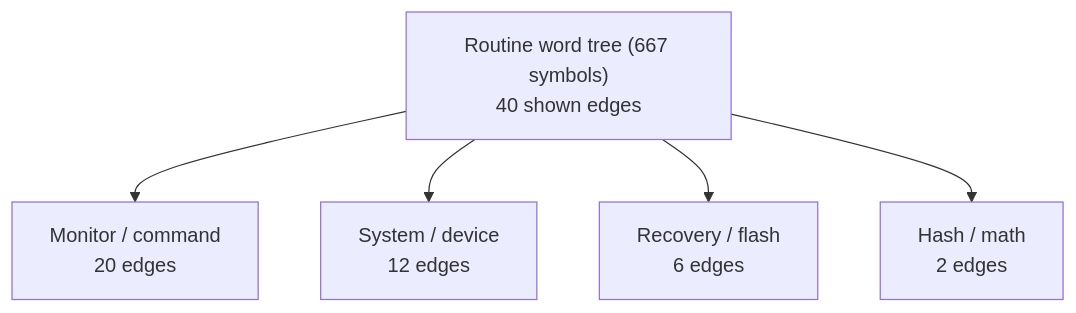
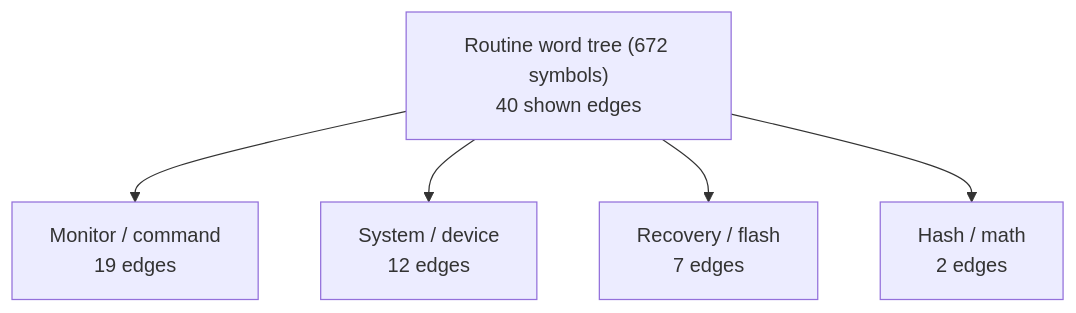
One commit to 95westus/R-YORS changed the first of 6 diagrams in DOC/GENERATED/ROUTINE_WORD_TREE.md. Above: the diagram before and after it, drawn with Mermaid. The commit also changed other lines of this file and 14 other files, not shown here.

````diff
--- a/DOC/GENERATED/ROUTINE_WORD_TREE.md
+++ b/DOC/GENERATED/ROUTINE_WORD_TREE.md
@@ -16,7 +16,7 @@
 ```mermaid
 flowchart TD
-    MAP_ROOT_ROUTINE_WORD_TREE__667_SYMBOLS_["Routine word tree (667 symbols)<br/>40 shown edges"] --> MAP_FAMILY_MONITOR___COMMAND["Monitor / command<br/>20 edges"]
-    MAP_ROOT_ROUTINE_WORD_TREE__667_SYMBOLS_["Routine word tree (667 symbols)<br/>40 shown edges"] --> MAP_FAMILY_SYSTEM___DEVICE["System / device<br/>12 edges"]
-    MAP_ROOT_ROUTINE_WORD_TREE__667_SYMBOLS_["Routine word tree (667 symbols)<br/>40 shown edges"] --> MAP_FAMILY_RECOVERY___FLASH["Recovery / flash<br/>6 edges"]
-    MAP_ROOT_ROUTINE_WORD_TREE__667_SYMBOLS_["Routine word tree (667 symbols)<br/>40 shown edges"] --> MAP_FAMILY_HASH___MATH["Hash / math<br/>2 edges"]
+    MAP_ROOT_ROUTINE_WORD_TREE__672_SYMBOLS_["Routine word tree (672 symbols)<br/>40 shown edges"] --> MAP_FAMILY_MONITOR___COMMAND["Monitor / command<br/>19 edges"]
+    MAP_ROOT_ROUTINE_WORD_TREE__672_SYMBOLS_["Routine word tree (672 symbols)<br/>40 shown edges"] --> MAP_FAMILY_SYSTEM___DEVICE["System / device<br/>12 edges"]
+    MAP_ROOT_ROUTINE_WORD_TREE__672_SYMBOLS_["Routine word tree (672 symbols)<br/>40 shown edges"] --> MAP_FAMILY_RECOVERY___FLASH["Recovery / flash<br/>7 edges"]
+    MAP_ROOT_ROUTINE_WORD_TREE__672_SYMBOLS_["Routine word tree (672 symbols)<br/>40 shown edges"] --> MAP_FAMILY_HASH___MATH["Hash / math<br/>2 edges"]
 ```
````
